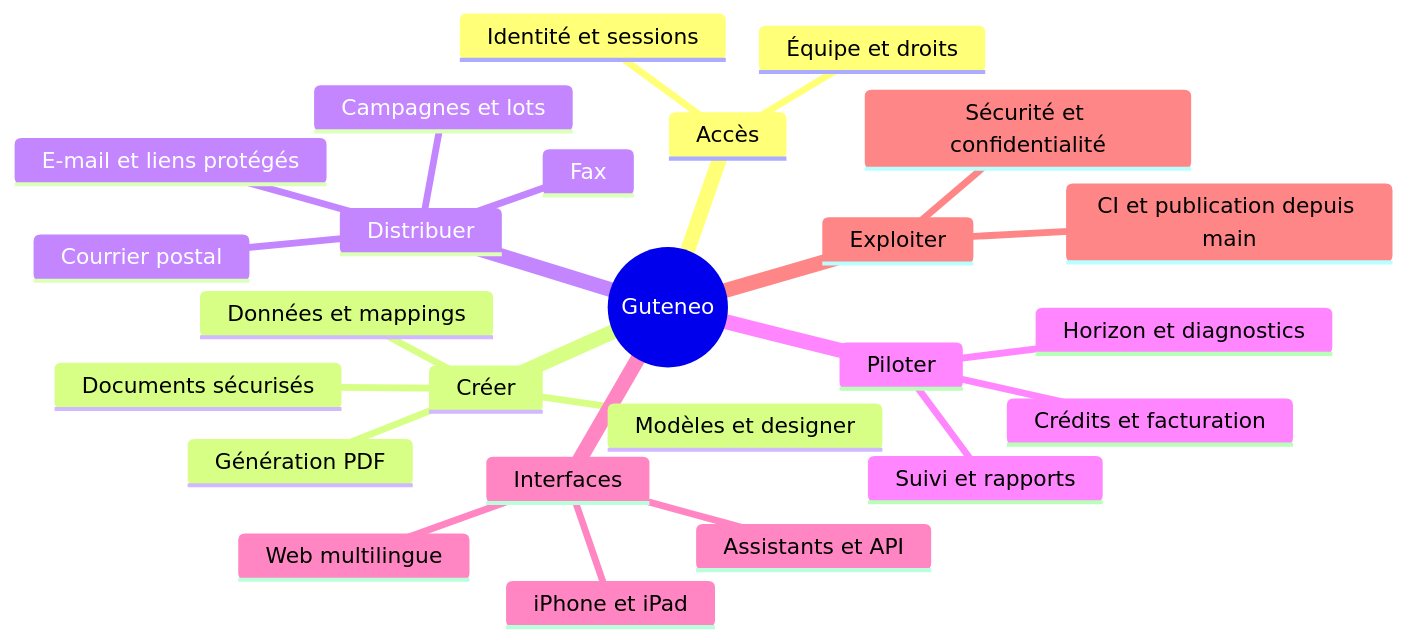
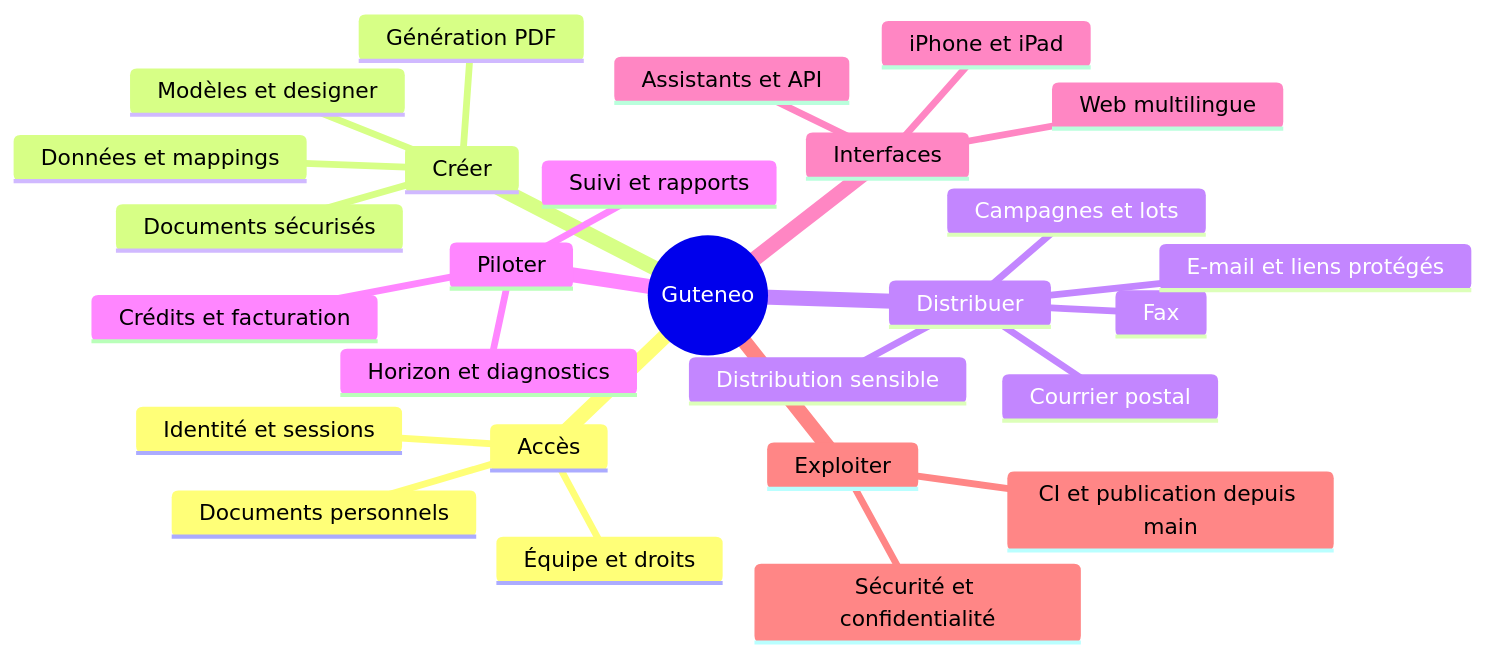
Before and after one commit to nclsppr/guteneo: the diagram in docs/FEATURE_MAP.md, drawn with Mermaid. The commit also changed other lines of this file and 138 other files, not shown here.

````diff
--- a/docs/FEATURE_MAP.md
+++ b/docs/FEATURE_MAP.md
@@ -11,28 +11,30 @@
 ```mermaid
 mindmap
   root((Guteneo))
     Accès
       Identité et sessions
+      Documents personnels
       Équipe et droits
     Créer
       Documents sécurisés
       Modèles et designer
       Données et mappings
       Génération PDF
     Distribuer
       Fax
       Courrier postal
       E-mail et liens protégés
+      Distribution sensible
       Campagnes et lots
     Piloter
       Suivi et rapports
       Crédits et facturation
       Horizon et diagnostics
     Interfaces
       Web multilingue
       Assistants et API
       iPhone et iPad
     Exploiter
       Sécurité et confidentialité
       CI et publication depuis main
 ```
````
